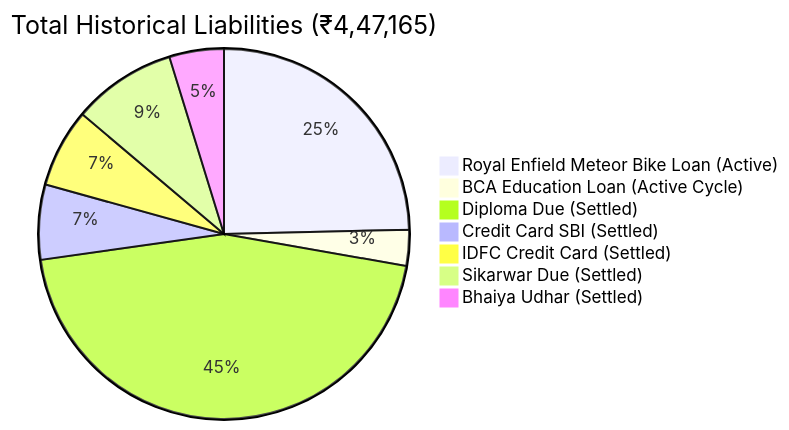
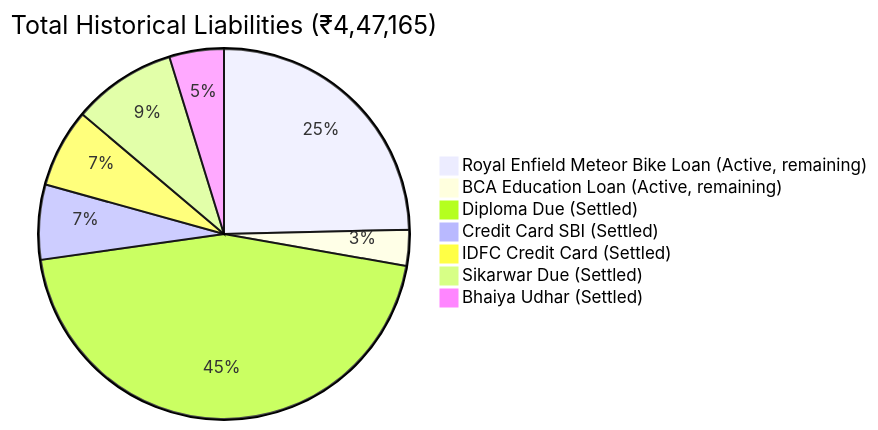
Before and after one commit to Priyanshu-Agrawal/finflow-executive: the fifth of 5 diagrams in docs/PRODUCT_DOCUMENTATION.md, drawn with Mermaid. The commit also changed other lines of this file and 1 other file, not shown here.

````diff
--- a/docs/PRODUCT_DOCUMENTATION.md
+++ b/docs/PRODUCT_DOCUMENTATION.md
@@ -181,10 +228,10 @@
 ```mermaid
 pie title Total Historical Liabilities (₹4,47,165)
-    "Royal Enfield Meteor Bike Loan (Active)" : 94167
-    "BCA Education Loan (Active Cycle)" : 12000
+    "Royal Enfield Meteor Bike Loan (Active, remaining)" : 94167
+    "BCA Education Loan (Active, remaining)" : 12000
     "Diploma Due (Settled)" : 172025
     "Credit Card SBI (Settled)" : 25000
     "IDFC Credit Card (Settled)" : 26248
     "Sikarwar Due (Settled)" : 34670
     "Bhaiya Udhar (Settled)" : 18200
 ```
````
